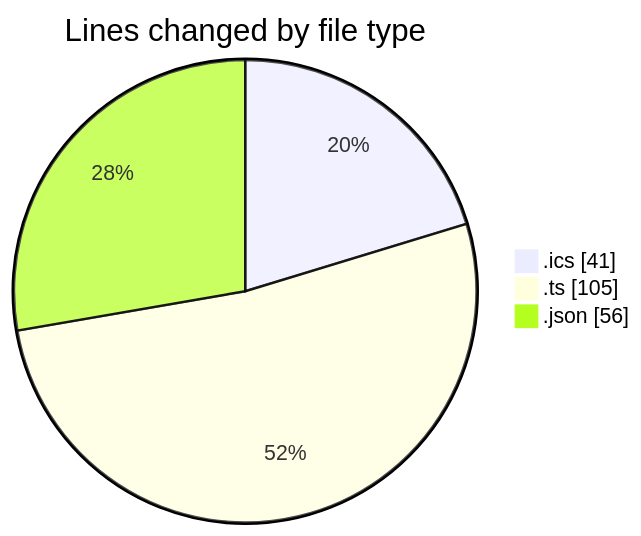
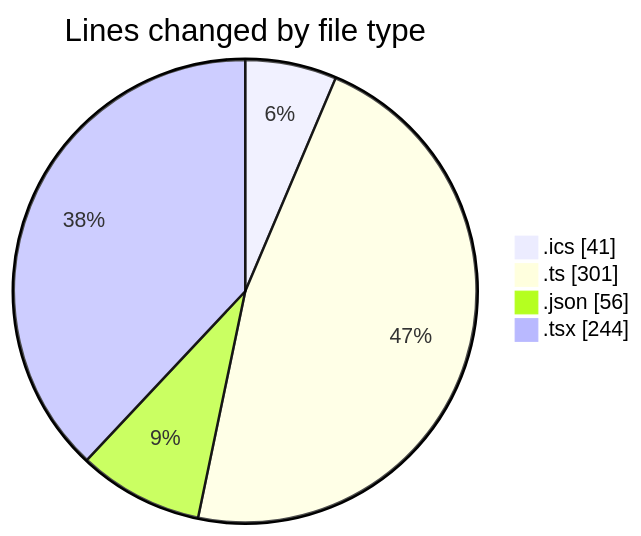
The first of 2 diagrams in 2025-10-28/cda/README.md (momahboobian/code-tracking), drawn with Mermaid before and after one commit. The commit also changed other lines of this file and 1 other file, not shown here.

````diff
--- a/2025-10-28/cda/README.md
+++ b/2025-10-28/cda/README.md
@@ -23,7 +25,8 @@
 ```mermaid
 pie showData
 title Lines changed by file type
 ".ics" : 41
-".ts" : 105
+".ts" : 301
 ".json" : 56
+".tsx" : 244
 ```
````
